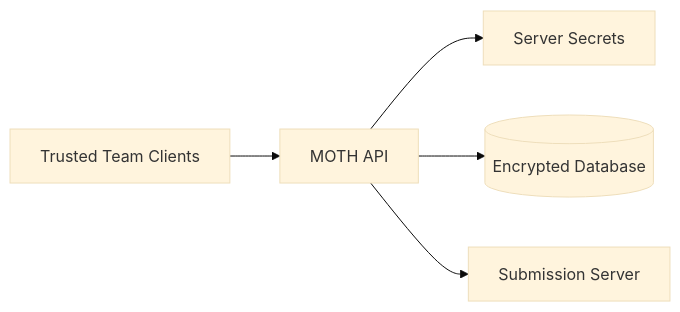
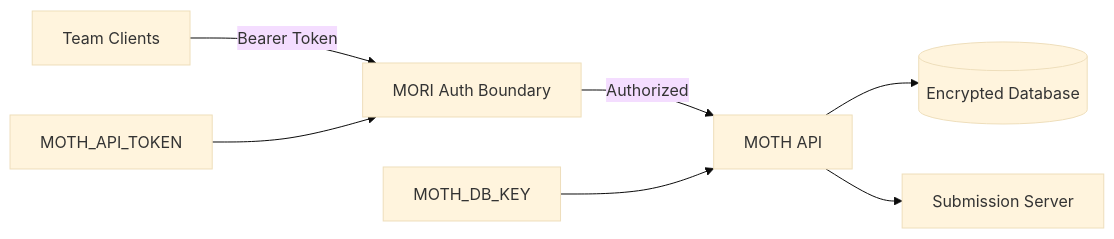
One commit to Denis-Krueger-labs/MOTH changed diagram 13 of 14 in README.md. Above: the diagram before and after it, drawn with Mermaid (base theme). The commit also changed other lines of this file, not shown here.

Commit message:
mori redacted the floor plan

````diff
--- a/README.md
+++ b/README.md
@@ -897,13 +1154,19 @@
 ```mermaid
 flowchart LR
-    TEAM[Trusted Team Clients]
+    TEAM[Team Clients]
+    MORI[MORI Auth Boundary]
     API[MOTH API]
-    SECRET[Server Secrets]
+    AUTHSECRET[MOTH_API_TOKEN]
+    DBSECRET[MOTH_DB_KEY]
     DB[(Encrypted Database)]
     GS[Submission Server]
 
-    TEAM --> API
-    API --> SECRET
+    TEAM -->|Bearer Token| MORI
+    AUTHSECRET --> MORI
+
+    MORI -->|Authorized| API
+
+    DBSECRET --> API
     API --> DB
     API --> GS
 ```
````
